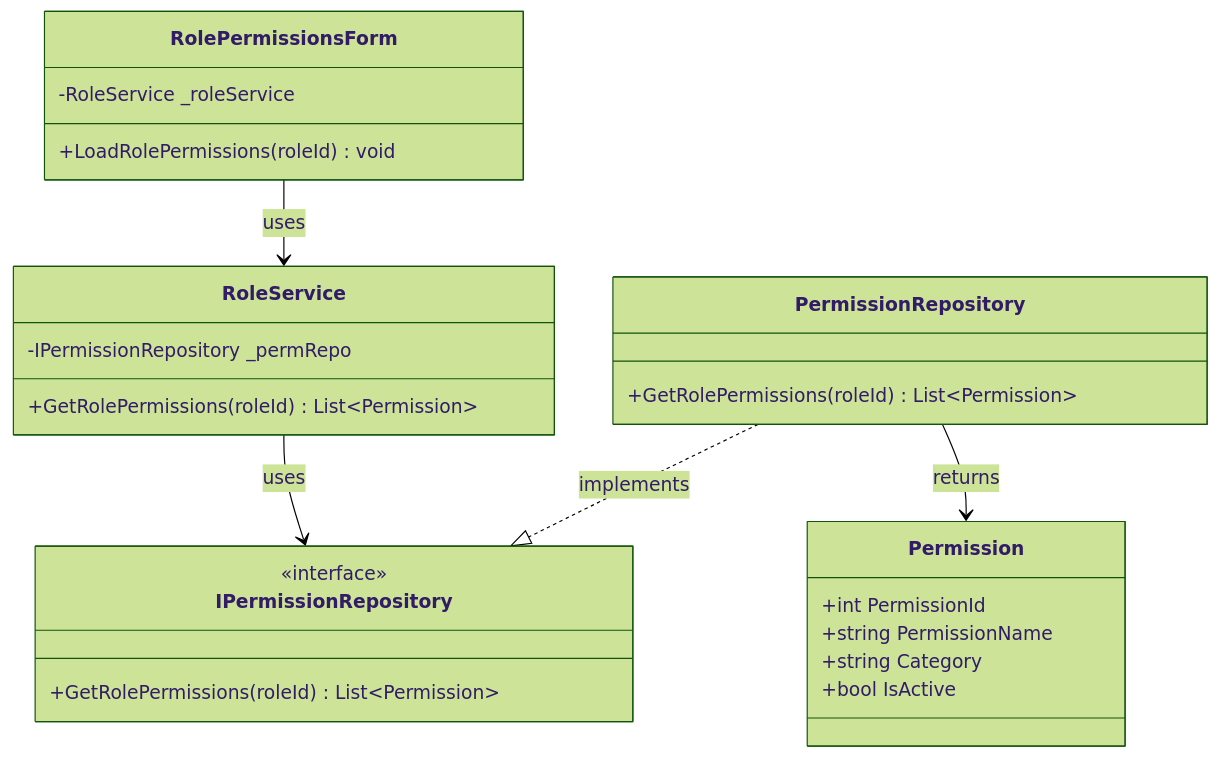
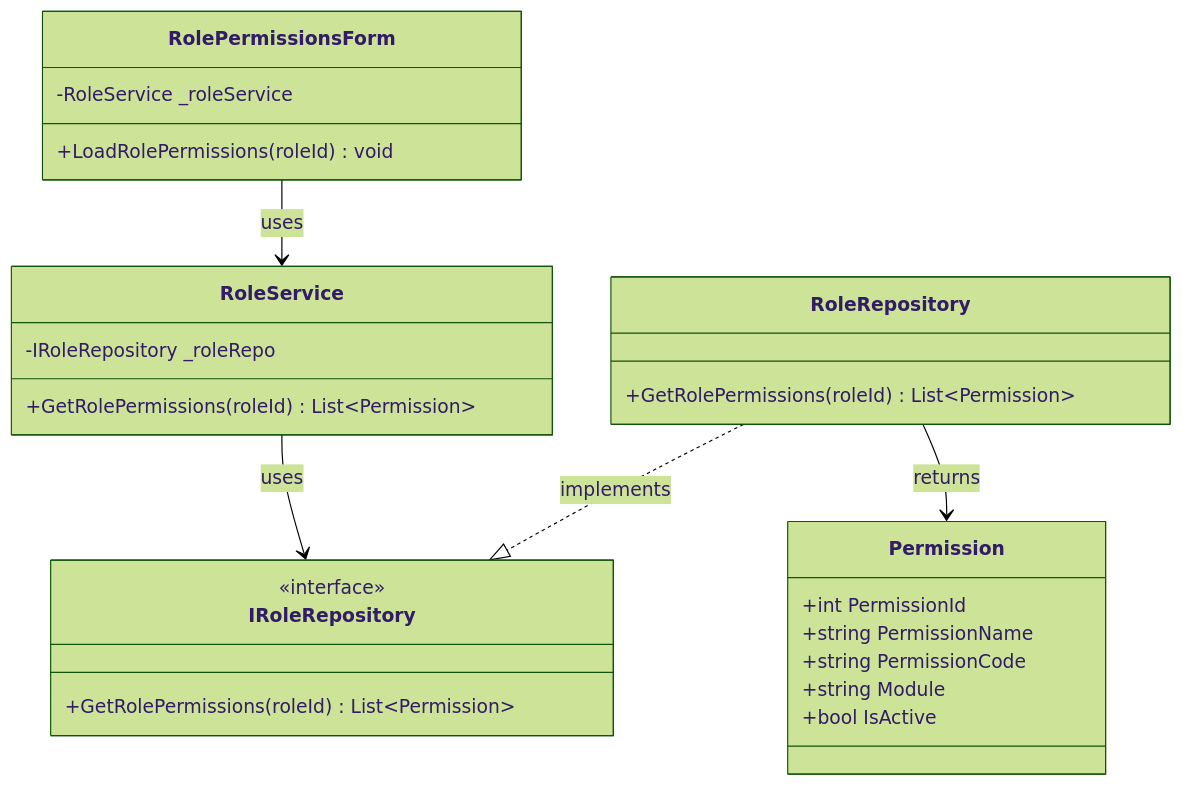
One commit to nahuk86/tp_diploma_nk_2026 changed the eighth of 13 diagrams in Documentation/UML_Diagrams/11_Role_Permissions_Process_Class_Diagram.md. Above: the diagram before and after it, drawn with Mermaid (forest theme). The commit also changed other lines of this file and 4 other files, not shown here.

Commit message:
Update UML diagrams 08-12 to reflect actual implementation

````diff
--- a/Documentation/UML_Diagrams/11_Role_Permissions_Process_Class_Diagram.md
+++ b/Documentation/UML_Diagrams/11_Role_Permissions_Process_Class_Diagram.md
@@ -336,33 +339,34 @@
 ```mermaid
 classDiagram
     class RolePermissionsForm {
         -RoleService _roleService
         +LoadRolePermissions(roleId) void
     }
 
     class RoleService {
-        -IPermissionRepository _permRepo
+        -IRoleRepository _roleRepo
         +GetRolePermissions(roleId) List~Permission~
     }
 
-    class IPermissionRepository {
+    class IRoleRepository {
         <<interface>>
         +GetRolePermissions(roleId) List~Permission~
     }
 
-    class PermissionRepository {
+    class RoleRepository {
         +GetRolePermissions(roleId) List~Permission~
     }
 
     class Permission {
         +int PermissionId
         +string PermissionName
-        +string Category
+        +string PermissionCode
+        +string Module
         +bool IsActive
     }
 
     RolePermissionsForm --> RoleService : uses
-    RoleService --> IPermissionRepository : uses
-    PermissionRepository ..|> IPermissionRepository : implements
-    PermissionRepository --> Permission : returns
+    RoleService --> IRoleRepository : uses
+    RoleRepository ..|> IRoleRepository : implements
+    RoleRepository --> Permission : returns
 ```
````
